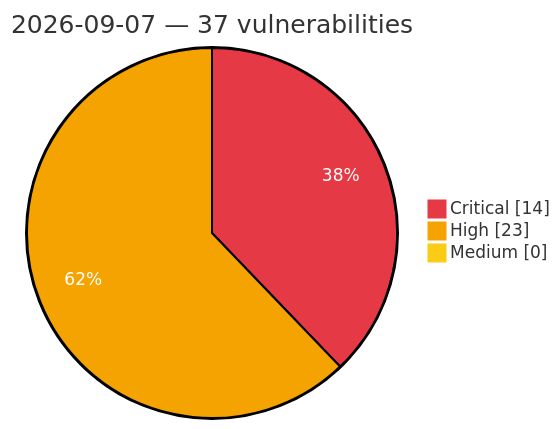
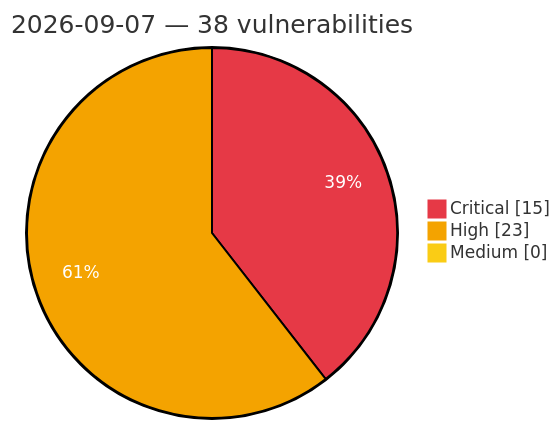
One commit to GhostX0X/vuln-tracker changed the diagram in vulnerabilities/2026/September/2026-09-07.md. Above: the diagram before and after it, drawn with Mermaid. The commit also changed other lines of this file and 5 other files, not shown here.

````diff
--- a/vulnerabilities/2026/September/2026-09-07.md
+++ b/vulnerabilities/2026/September/2026-09-07.md
@@ -3,8 +3,8 @@
 ```mermaid
 %%{init: {'theme':'base', 'themeVariables': {'pie1':'#e63946', 'pie2':'#f4a300', 'pie3':'#facc15', 'pieOpacity':'1', 'pieOuterStrokeWidth':'2px', 'pieSectionTextColor':'#ffffff'}}}%%
 pie showData
-    title 2026-09-07 — 37 vulnerabilities
-    "Critical" : 14
+    title 2026-09-07 — 38 vulnerabilities
+    "Critical" : 15
     "High" : 23
     "Medium" : 0
 ```
````
